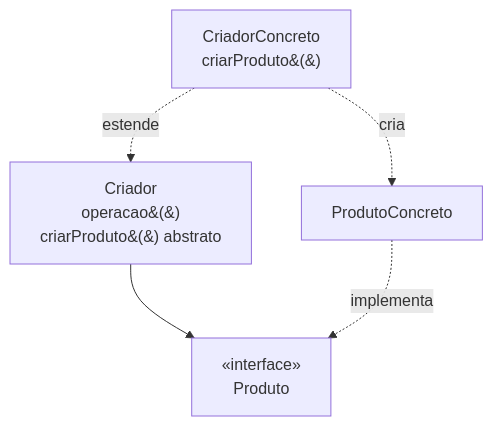
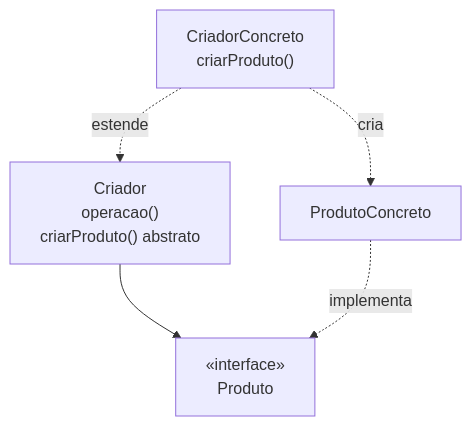
One commit to oadcavalcante/software-architecture-mastery changed the diagram in docs/03-design-patterns/factory-method.md. Above: the diagram before and after it, drawn with Mermaid. The commit also changed 27 other files, not shown here.

First line of the commit message:
diagramas: parenteses renderizando como &(&) e largura ilegivel no telefone

````diff
--- a/docs/03-design-patterns/factory-method.md
+++ b/docs/03-design-patterns/factory-method.md
@@ -47,7 +47,7 @@
 ```mermaid
 graph TB
-  C[Criador<br/>operacao&#40;&#41;<br/>criarProduto&#40;&#41; abstrato] --> P["«interface»<br/>Produto"]
-  CC[CriadorConcreto<br/>criarProduto&#40;&#41;] -.estende.-> C
+  C["Criador<br/>operacao()<br/>criarProduto() abstrato"] --> P["«interface»<br/>Produto"]
+  CC["CriadorConcreto<br/>criarProduto()"] -.estende.-> C
   PC[ProdutoConcreto] -.implementa.-> P
   CC -.cria.-> PC
 ```
````
